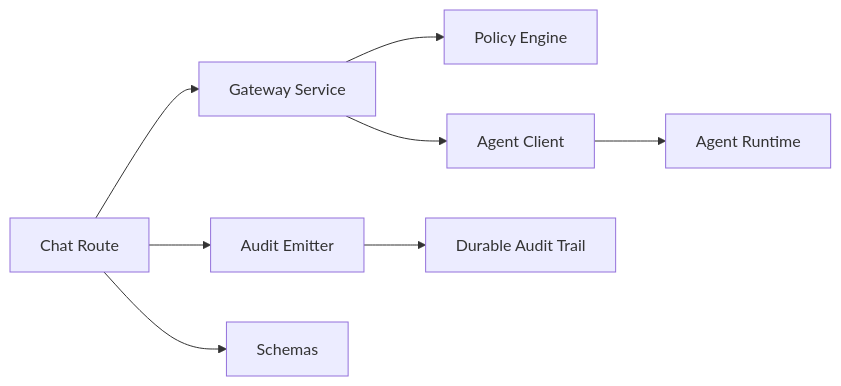
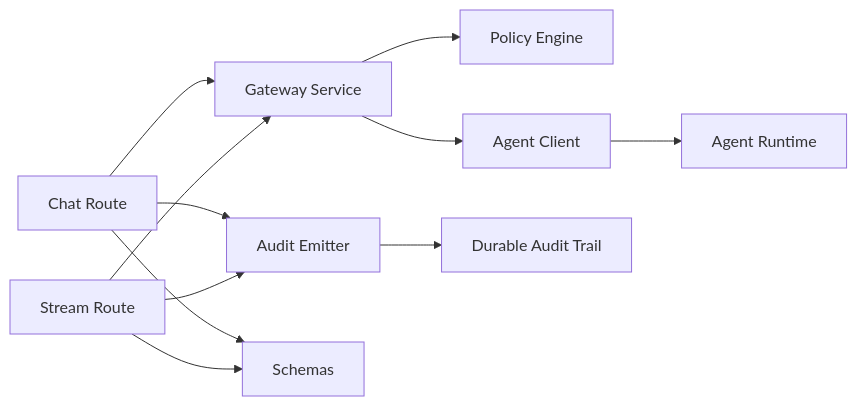
One commit to metasync/luban-aiops changed the third of 3 diagrams in .qoder/repowiki/en/content/Tool Gateway Service/API Endpoints and Authentication/Chat API.md. Above: the diagram before and after it, drawn with Mermaid. The commit also changed other lines of this file and 51 other files, not shown here.

````diff
--- a/.qoder/repowiki/en/content/Tool Gateway Service/API Endpoints and Authentication/Chat API.md
+++ b/.qoder/repowiki/en/content/Tool Gateway Service/API Endpoints and Authentication/Chat API.md
@@ -249,10 +305,13 @@
 ```mermaid
 graph LR
 ChatRoute["Chat Route"] --> GatewayService["Gateway Service"]
+StreamRoute["Stream Route"] --> GatewayService
 ChatRoute --> AuditEmitter["Audit Emitter"]
+StreamRoute --> AuditEmitter
 GatewayService --> PolicyEngine["Policy Engine"]
 GatewayService --> AgentClient["Agent Client"]
 AgentClient --> AgentRuntime["Agent Runtime"]
 ChatRoute --> Schemas["Schemas"]
+StreamRoute --> Schemas
 AuditEmitter --> AuditTrail["Durable Audit Trail"]
 ```
````
